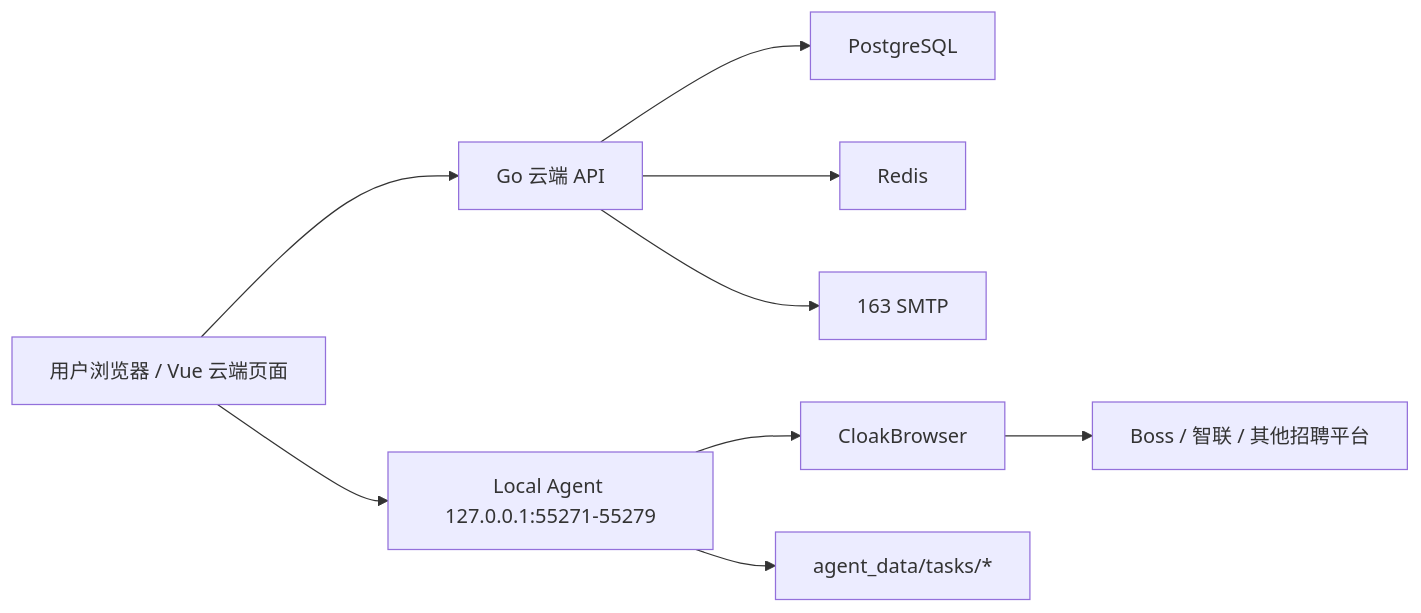
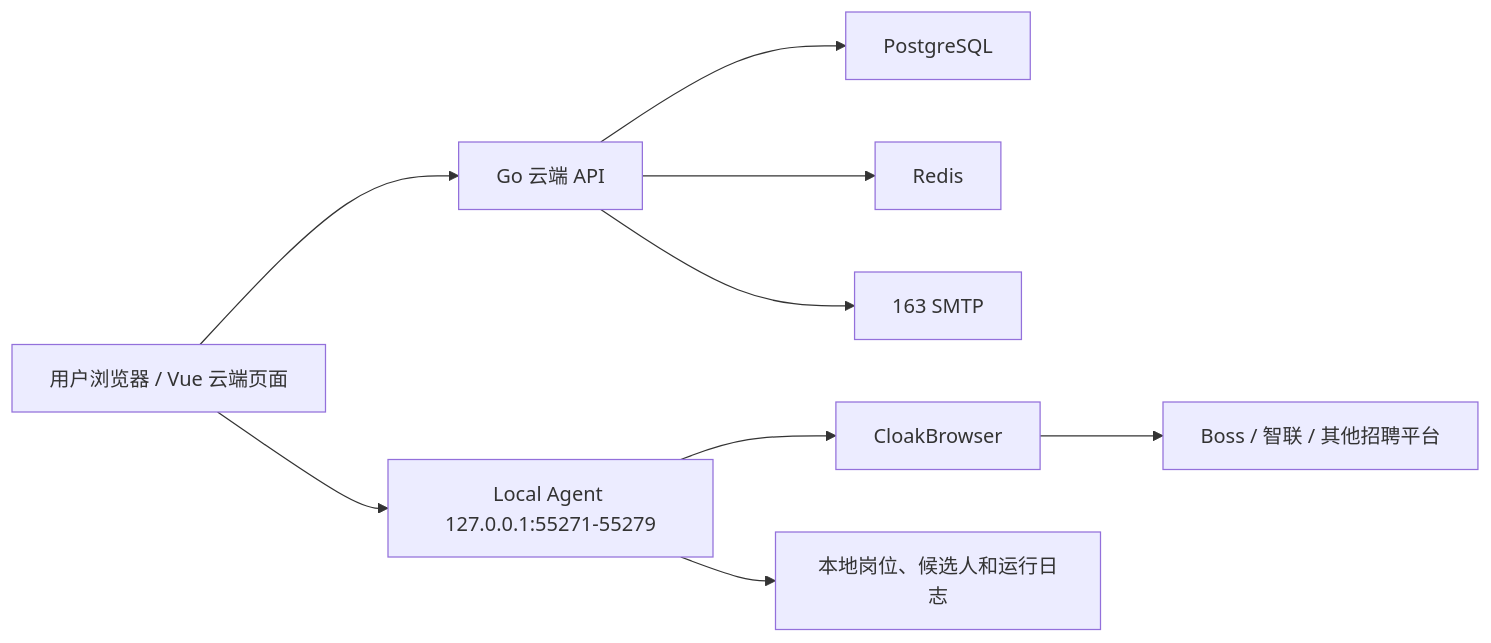
The diagram in goodhr5/docs/architecture.md (hhh0078/goodhr), drawn with Mermaid before and after one commit. The commit also changed other lines of this file and 156 other files, not shown here.

````diff
--- a/goodhr5/docs/architecture.md
+++ b/goodhr5/docs/architecture.md
@@ -5,11 +5,11 @@
 ```mermaid
 flowchart LR
   Browser["用户浏览器 / Vue 云端页面"] --> Cloud["Go 云端 API"]
   Cloud --> PG["PostgreSQL"]
   Cloud --> Redis["Redis"]
   Cloud --> SMTP["163 SMTP"]
   Browser --> Agent["Local Agent 127.0.0.1:55271-55279"]
   Agent --> Cloak["CloakBrowser"]
   Cloak --> Platform["Boss / 智联 / 其他招聘平台"]
-  Agent --> LocalFiles["agent_data/tasks/*"]
+  Agent --> LocalFiles["本地岗位、候选人和运行日志"]
 ```
````
